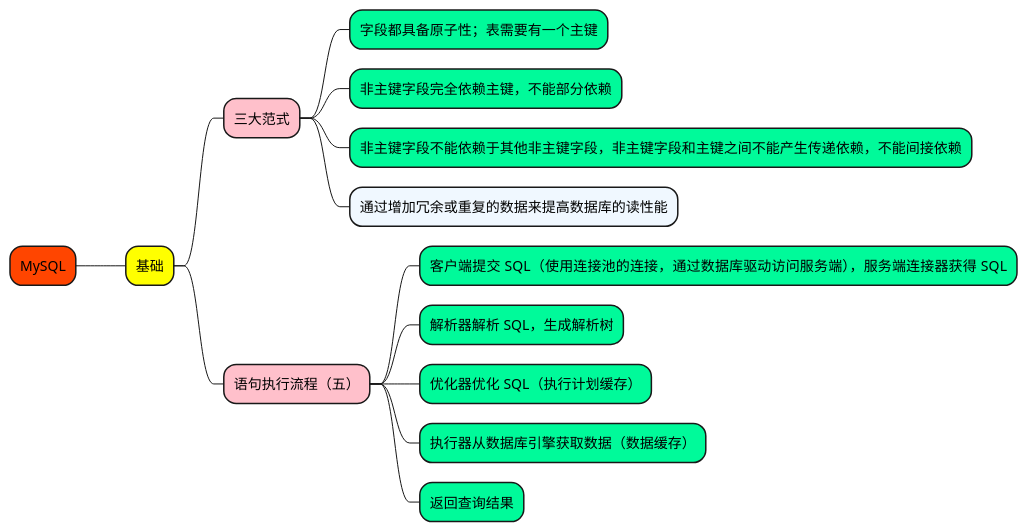
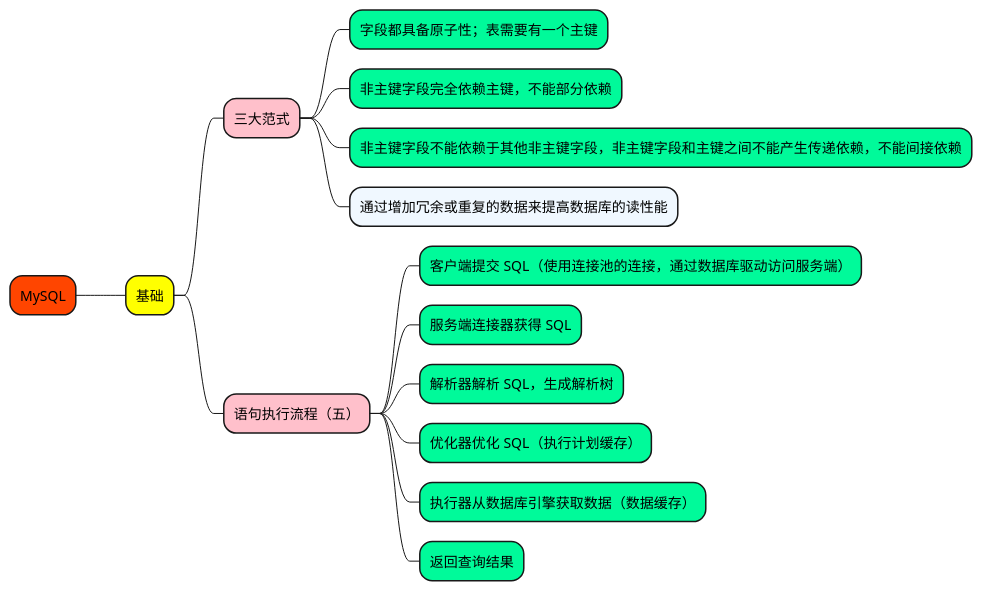
The diagram in 1_map/4-database/MySQL-基础.puml (doveg/self-cultivation-of-a-software-engineer), drawn with PlantUML before and after one commit. The commit also changed 15 other files, not shown here.

```diff
--- a/1_map/4-database/MySQL-基础.puml
+++ b/1_map/4-database/MySQL-基础.puml
@@ -1,22 +1,23 @@
 @startmindmap
 
 +[#OrangeRed] MySQL
 
 ++[#yellow] 基础
 
 +++[#Pink] 三大范式
 ++++[#MediumSpringGreen] 字段都具备原子性；表需要有一个主键
 ++++[#MediumSpringGreen] 非主键字段完全依赖主键，不能部分依赖
 ++++[#MediumSpringGreen] 非主键字段不能依赖于其他非主键字段，非主键字段和主键之间不能产生传递依赖，不能间接依赖
 ++++[#AliceBlue] 通过增加冗余或重复的数据来提高数据库的读性能
 
 +++[#Pink] 语句执行流程（五）
 
-++++[#MediumSpringGreen] 客户端提交 SQL（使用连接池的连接，通过数据库驱动访问服务端），服务端连接器获得 SQL
+++++[#MediumSpringGreen] 客户端提交 SQL（使用连接池的连接，通过数据库驱动访问服务端）
+++++[#MediumSpringGreen] 服务端连接器获得 SQL
 ++++[#MediumSpringGreen] 解析器解析 SQL，生成解析树
 ++++[#MediumSpringGreen] 优化器优化 SQL（执行计划缓存）
 ++++[#MediumSpringGreen] 执行器从数据库引擎获取数据（数据缓存）
 ++++[#MediumSpringGreen] 返回查询结果
 
 
 @endmindmap
```
